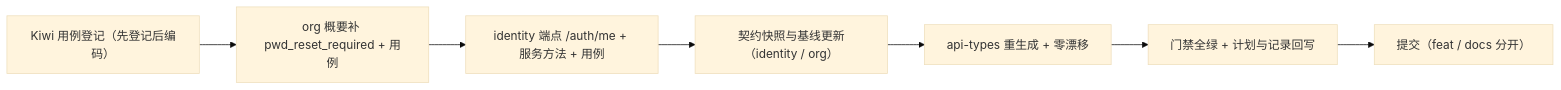
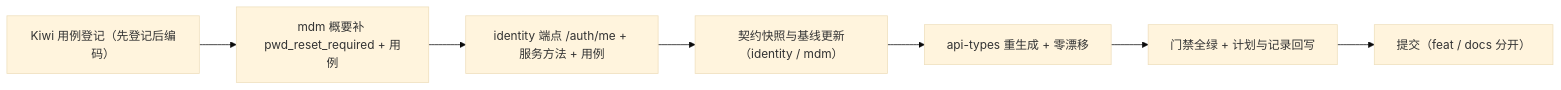
The diagram in bms文档/项目/06_认证与安全/任务/01_认证与会话/01_认证与会话_06_当前用户概要端点/设计/01_详细设计_06_当前用户概要端点.md (minjian123/basic-management-system), drawn with Mermaid (base theme) before and after one commit. The commit also changed other lines of this file and 501 other files, not shown here.

````diff
--- a/bms文档/项目/06_认证与安全/任务/01_认证与会话/01_认证与会话_06_当前用户概要端点/设计/01_详细设计_06_当前用户概要端点.md
+++ b/bms文档/项目/06_认证与安全/任务/01_认证与会话/01_认证与会话_06_当前用户概要端点/设计/01_详细设计_06_当前用户概要端点.md
@@ -186,9 +186,9 @@
 ```mermaid
 flowchart LR
-    A["Kiwi 用例登记（先登记后编码）"] --> B["org 概要补 pwd_reset_required + 用例"]
+    A["Kiwi 用例登记（先登记后编码）"] --> B["mdm 概要补 pwd_reset_required + 用例"]
     B --> C["identity 端点 /auth/me + 服务方法 + 用例"]
-    C --> D["契约快照与基线更新（identity / org）"]
+    C --> D["契约快照与基线更新（identity / mdm）"]
     D --> E["api-types 重生成 + 零漂移"]
     E --> F["门禁全绿 + 计划与记录回写"]
     F --> G["提交（feat / docs 分开）"]
 ```
````
